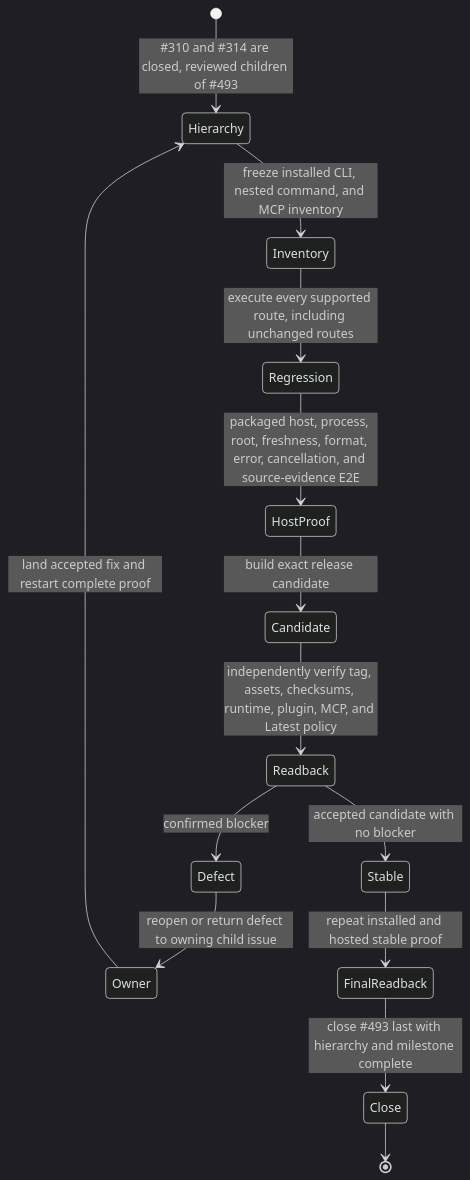
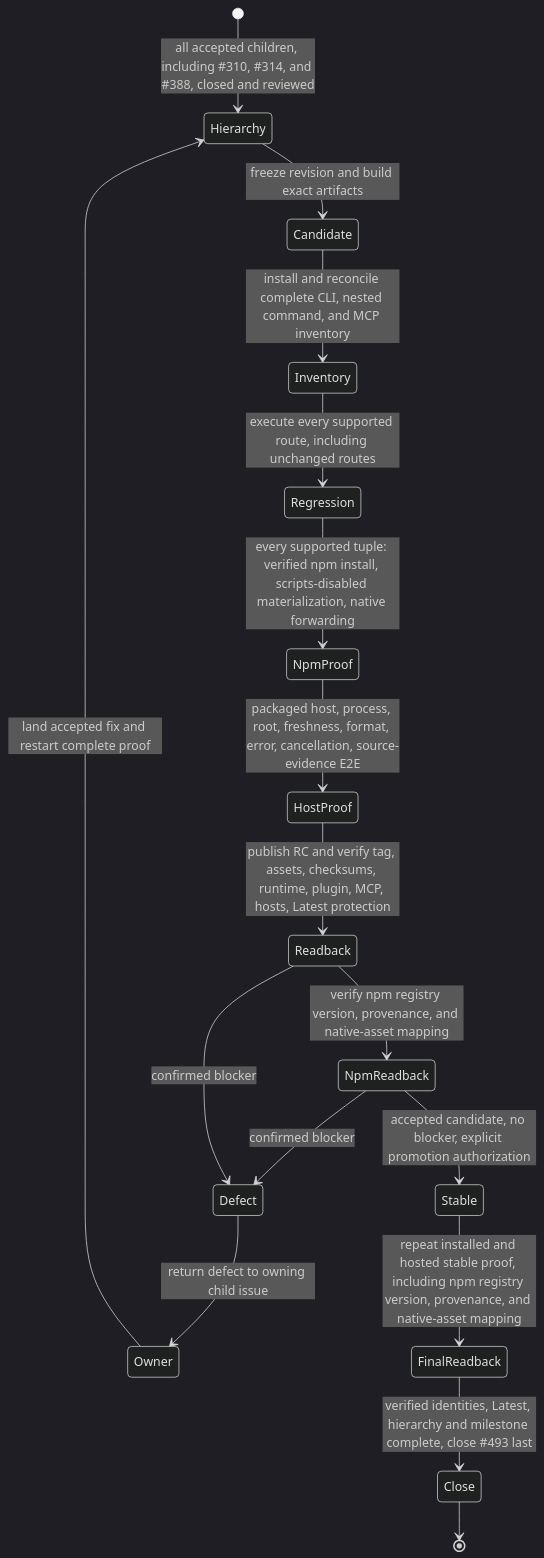
The seventh of 7 diagrams in docs/v060-agent-surface-architecture.md (styler-ai/ProjectAtlas), drawn with Mermaid (dark theme) before and after one commit. The commit also changed other lines of this file and 12 other files, not shown here.

First line of the commit message:
chore(release): schedule npm distribution for v0.6.0 (#601)

````diff
--- a/docs/v060-agent-surface-architecture.md
+++ b/docs/v060-agent-surface-architecture.md
@@ -141,16 +141,19 @@
 ```mermaid
 stateDiagram-v2
-    [*] --> Hierarchy: #310 and #314 are closed, reviewed children of #493
-    Hierarchy --> Inventory: freeze installed CLI, nested command, and MCP inventory
+    [*] --> Hierarchy: all accepted children, including #310, #314, and #388, closed and reviewed
+    Hierarchy --> Candidate: freeze revision and build exact artifacts
+    Candidate --> Inventory: install and reconcile complete CLI, nested command, and MCP inventory
     Inventory --> Regression: execute every supported route, including unchanged routes
-    Regression --> HostProof: packaged host, process, root, freshness, format, error, cancellation, and source-evidence E2E
-    HostProof --> Candidate: build exact release candidate
-    Candidate --> Readback: independently verify tag, assets, checksums, runtime, plugin, MCP, and Latest policy
+    Regression --> NpmProof: every supported tuple: verified npm install, scripts-disabled materialization, native forwarding
+    NpmProof --> HostProof: packaged host, process, root, freshness, format, error, cancellation, source-evidence E2E
+    HostProof --> Readback: publish RC and verify tag, assets, checksums, runtime, plugin, MCP, hosts, Latest protection
+    Readback --> NpmReadback: verify npm registry version, provenance, and native-asset mapping
+    NpmReadback --> Defect: confirmed blocker
     Readback --> Defect: confirmed blocker
-    Defect --> Owner: reopen or return defect to owning child issue
+    Defect --> Owner: return defect to owning child issue
     Owner --> Hierarchy: land accepted fix and restart complete proof
-    Readback --> Stable: accepted candidate with no blocker
-    Stable --> FinalReadback: repeat installed and hosted stable proof
-    FinalReadback --> Close: close #493 last with hierarchy and milestone complete
+    NpmReadback --> Stable: accepted candidate, no blocker, explicit promotion authorization
+    Stable --> FinalReadback: repeat installed and hosted stable proof, including npm registry version, provenance, and native-asset mapping
+    FinalReadback --> Close: verified identities, Latest, hierarchy and milestone complete, close #493 last
     Close --> [*]
 ```
````
